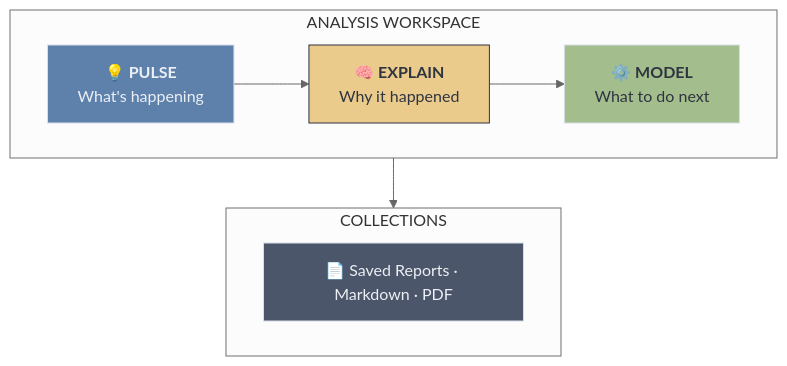
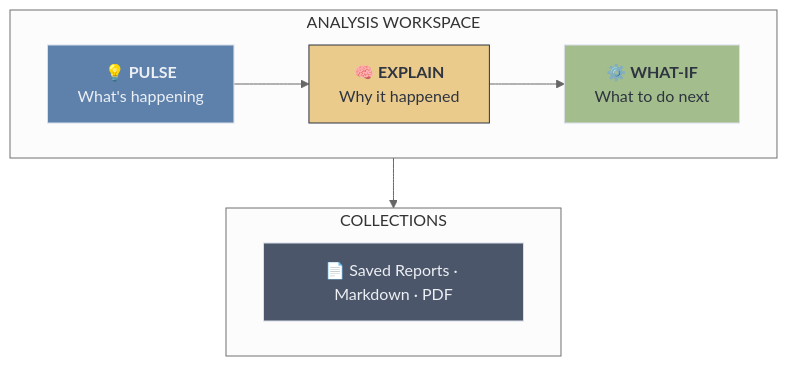
One commit to nuelo-ai/nuelo-spectra changed the second of 12 diagrams in requirements/brainstorm-idea-1.md. Above: the diagram before and after it, drawn with Mermaid (neutral theme). The commit also changed other lines of this file and 22 other files, not shown here.

````diff
--- a/requirements/brainstorm-idea-1.md
+++ b/requirements/brainstorm-idea-1.md
@@ -61,21 +61,21 @@
 ```mermaid
 graph TB
     subgraph workspace["ANALYSIS WORKSPACE"]
         direction LR
         D["💡 <b>PULSE</b><br/>What's happening"]
         E["🧠 <b>EXPLAIN</b><br/>Why it happened"]
-        M["⚙️ <b>MODEL</b><br/>What to do next"]
+        M["⚙️ <b>WHAT-IF</b><br/>What to do next"]
         D --> E --> M
     end
 
     subgraph collections["COLLECTIONS"]
         R["📄 Saved Reports · Markdown · PDF"]
     end
 
     workspace --> collections
 
     style D fill:#5E81AC,stroke:#D8DEE9,color:#ECEFF4
     style E fill:#EBCB8B,stroke:#2E3440,color:#2E3440
     style M fill:#A3BE8C,stroke:#D8DEE9,color:#2E3440
     style R fill:#4C566A,stroke:#D8DEE9,color:#ECEFF4
 ```
````
